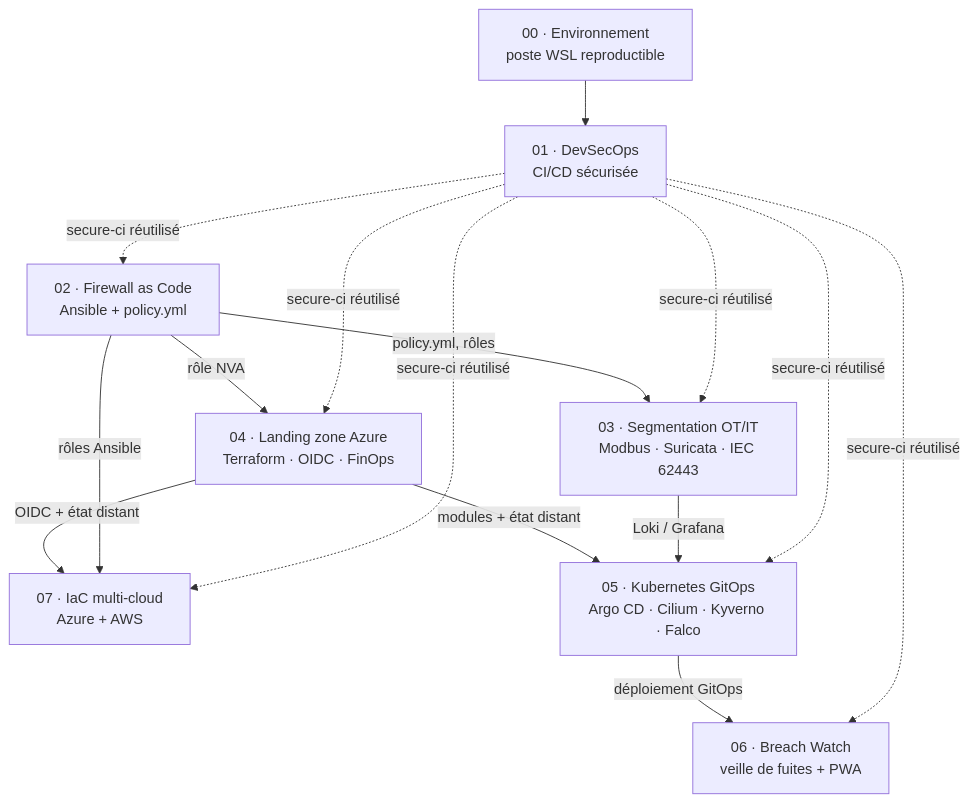
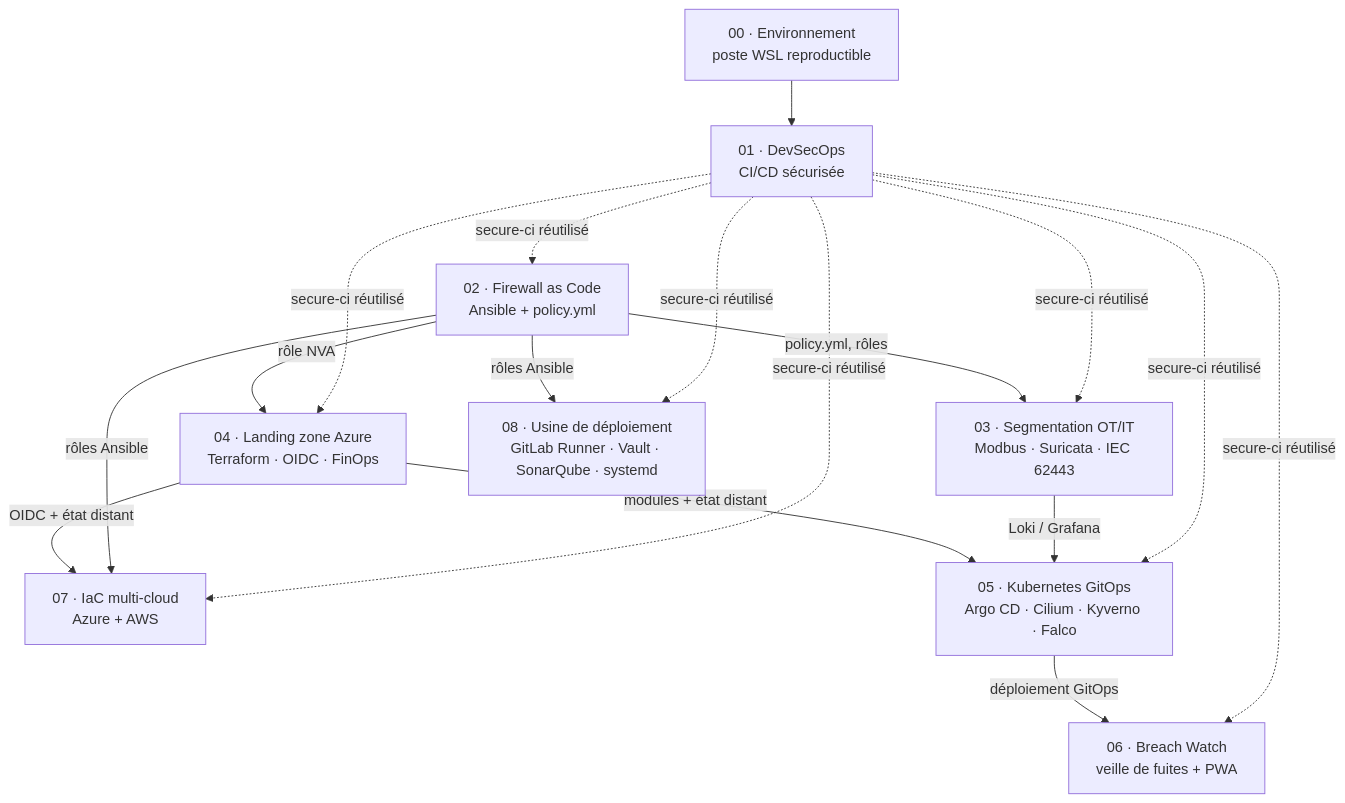
Before and after one commit to S-Rif/portfolio: the diagram in README.md, drawn with Mermaid. The commit also changed other lines of this file and 108 other files, not shown here.

````diff
--- a/README.md
+++ b/README.md
@@ -18,21 +22,22 @@
 ```mermaid
 flowchart TD
     L0["00 · Environnement<br/>poste WSL reproductible"]
     L1["01 · DevSecOps<br/>CI/CD sécurisée"]
     L2["02 · Firewall as Code<br/>Ansible + policy.yml"]
     L3["03 · Segmentation OT/IT<br/>Modbus · Suricata · IEC 62443"]
     L4["04 · Landing zone Azure<br/>Terraform · OIDC · FinOps"]
     L7["07 · IaC multi-cloud<br/>Azure + AWS"]
     L5["05 · Kubernetes GitOps<br/>Argo CD · Cilium · Kyverno · Falco"]
     L6["06 · Breach Watch<br/>veille de fuites + PWA"]
+    L8["08 · Usine de déploiement<br/>GitLab Runner · Vault · SonarQube · systemd"]
 
     L0 --> L1
-    L1 -.->|secure-ci réutilisé| L2 & L3 & L4 & L5 & L6 & L7
+    L1 -.->|secure-ci réutilisé| L2 & L3 & L4 & L5 & L6 & L7 & L8
     L2 -->|policy.yml, rôles| L3
     L2 -->|rôle NVA| L4
-    L2 -->|rôles Ansible| L7
+    L2 -->|rôles Ansible| L7 & L8
     L4 -->|OIDC + état distant| L7
     L3 -->|Loki / Grafana| L5
     L4 -->|modules + état distant| L5
     L5 -->|déploiement GitOps| L6
 ```
````
